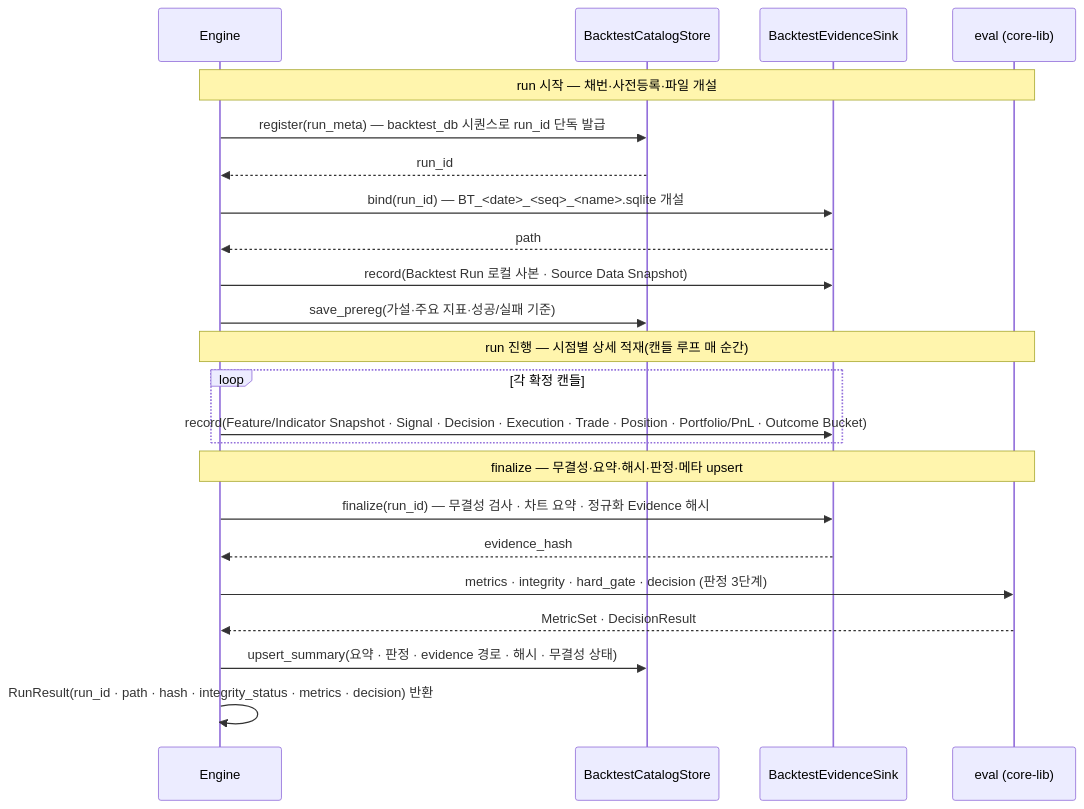
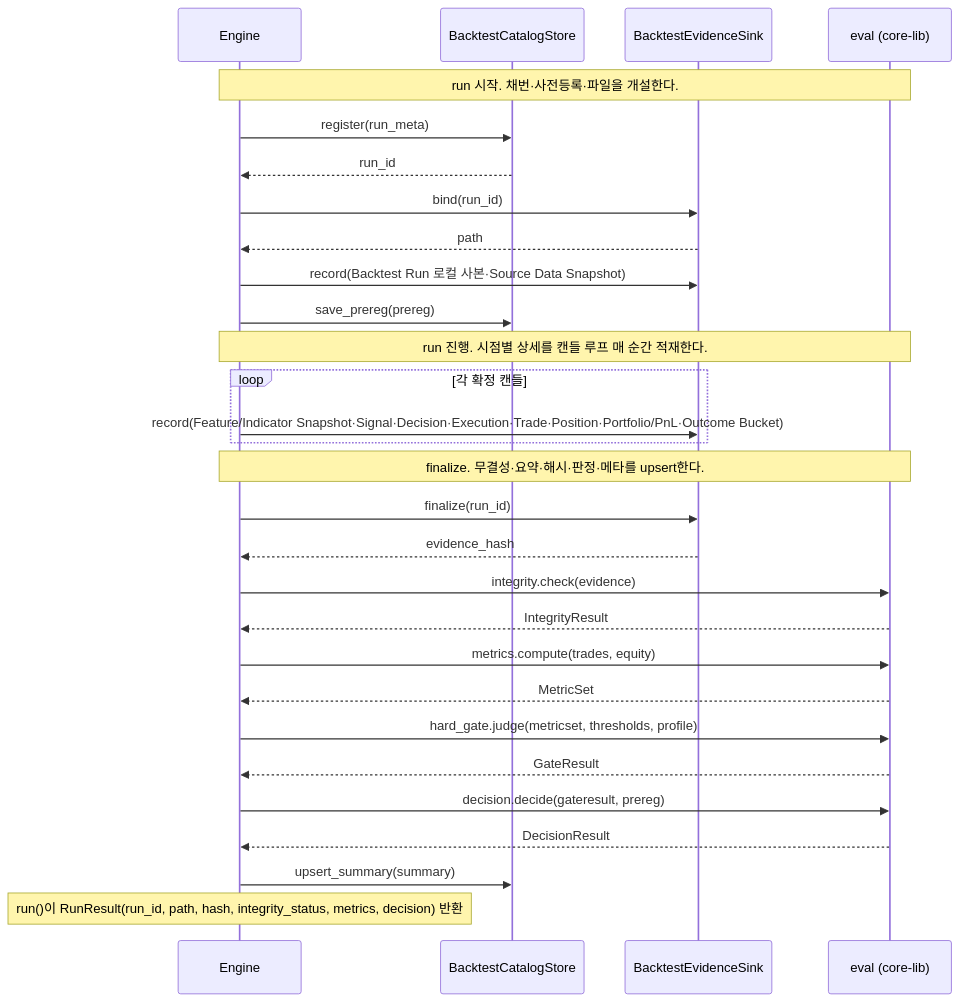
One commit to vessel35/trading-system-v2 changed diagram 25 of 25 in docs/fullspec/backtest_v2_detailed_design.md. Above: the diagram before and after it, drawn with Mermaid. The commit also changed other lines of this file, not shown here.

````diff
--- a/docs/fullspec/backtest_v2_detailed_design.md
+++ b/docs/fullspec/backtest_v2_detailed_design.md
@@ -3262,25 +3323,31 @@
 ```mermaid
 sequenceDiagram
     participant ENG as Engine
     participant CS as BacktestCatalogStore
     participant EV as BacktestEvidenceSink
     participant EVAL as eval (core-lib)
-    Note over ENG,EVAL: run 시작 — 채번·사전등록·파일 개설
-    ENG->>CS: register(run_meta) — backtest_db 시퀀스로 run_id 단독 발급
+    Note over ENG,EVAL: run 시작. 채번·사전등록·파일을 개설한다.
+    ENG->>CS: register(run_meta)
     CS-->>ENG: run_id
-    ENG->>EV: bind(run_id) — BT_<date>_<seq>_<name>.sqlite 개설
+    ENG->>EV: bind(run_id)
     EV-->>ENG: path
-    ENG->>EV: record(Backtest Run 로컬 사본 · Source Data Snapshot)
-    ENG->>CS: save_prereg(가설·주요 지표·성공/실패 기준)
-    Note over ENG,EVAL: run 진행 — 시점별 상세 적재(캔들 루프 매 순간)
+    ENG->>EV: record(Backtest Run 로컬 사본·Source Data Snapshot)
+    ENG->>CS: save_prereg(prereg)
+    Note over ENG,EVAL: run 진행. 시점별 상세를 캔들 루프 매 순간 적재한다.
     loop 각 확정 캔들
-        ENG->>EV: record(Feature/Indicator Snapshot · Signal · Decision · Execution · Trade · Position · Portfolio/PnL · Outcome Bucket)
+        ENG->>EV: record(Feature/Indicator Snapshot·Signal·Decision·Execution·Trade·Position·Portfolio/PnL·Outcome Bucket)
     end
-    Note over ENG,EVAL: finalize — 무결성·요약·해시·판정·메타 upsert
-    ENG->>EV: finalize(run_id) — 무결성 검사 · 차트 요약 · 정규화 Evidence 해시
+    Note over ENG,EVAL: finalize. 무결성·요약·해시·판정·메타를 upsert한다.
+    ENG->>EV: finalize(run_id)
     EV-->>ENG: evidence_hash
-    ENG->>EVAL: metrics · integrity · hard_gate · decision (판정 3단계)
-    EVAL-->>ENG: MetricSet · DecisionResult
-    ENG->>CS: upsert_summary(요약 · 판정 · evidence 경로 · 해시 · 무결성 상태)
-    ENG->>ENG: RunResult(run_id · path · hash · integrity_status · metrics · decision) 반환
+    ENG->>EVAL: integrity.check(evidence)
+    EVAL-->>ENG: IntegrityResult
+    ENG->>EVAL: metrics.compute(trades, equity)
+    EVAL-->>ENG: MetricSet
+    ENG->>EVAL: hard_gate.judge(metricset, thresholds, profile)
+    EVAL-->>ENG: GateResult
+    ENG->>EVAL: decision.decide(gateresult, prereg)
+    EVAL-->>ENG: DecisionResult
+    ENG->>CS: upsert_summary(summary)
+    Note over ENG: run()이 RunResult(run_id, path, hash, integrity_status, metrics, decision) 반환
 ```
````
